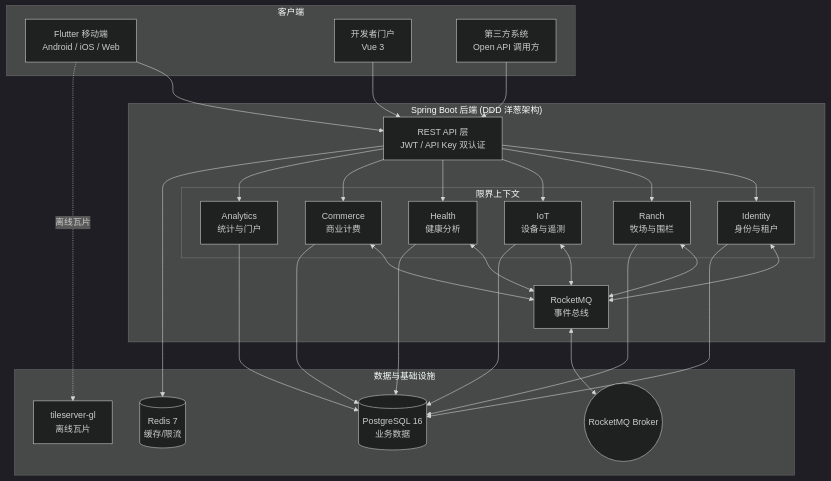
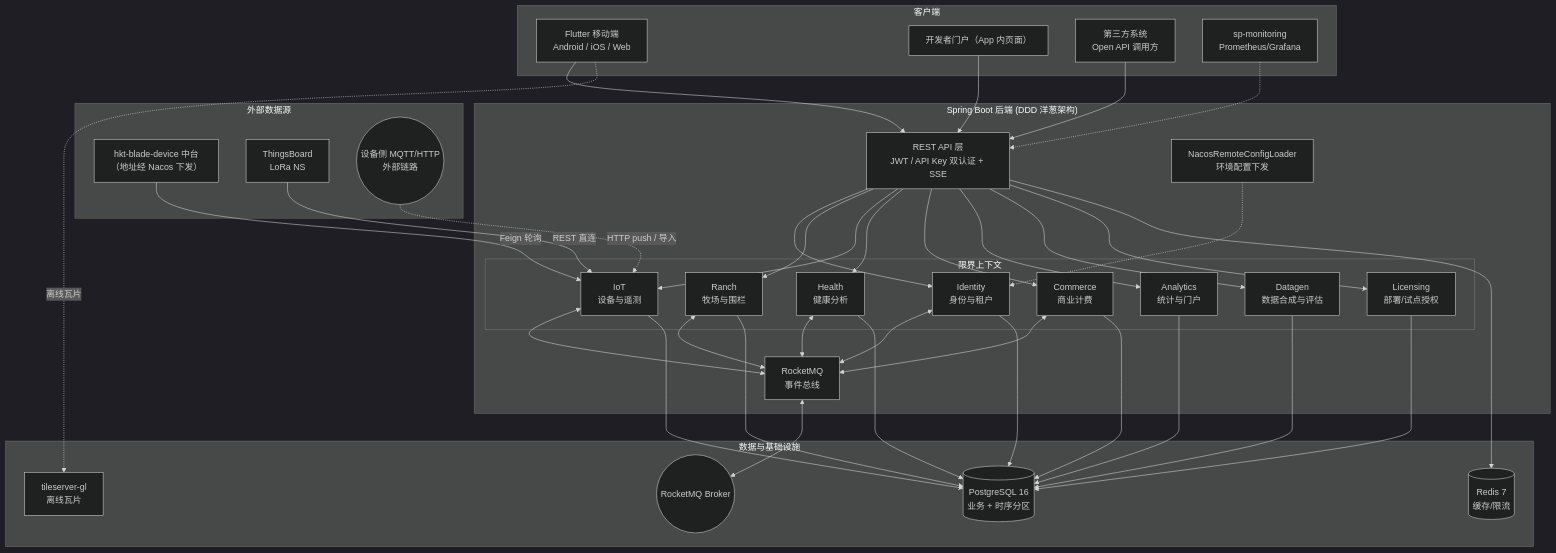
The first of 17 diagrams in docs/product/system-architecture.md (aime4eve/smart-livestock), drawn with Mermaid (dark theme) before and after one commit. The commit also changed other lines of this file and 6 other files, not shown here.

````diff
--- a/docs/product/system-architecture.md
+++ b/docs/product/system-architecture.md
@@ -36,42 +36,57 @@
 ```mermaid
 graph TB
     subgraph 客户端
         APP["Flutter 移动端<br/>Android / iOS / Web"]
-        PORTAL["开发者门户<br/>Vue 3"]
+        PORTAL["开发者门户（App 内页面）"]
         OPEN["第三方系统<br/>Open API 调用方"]
+        MON["sp-monitoring<br/>Prometheus/Grafana"]
+    end
+
+    subgraph "外部数据源"
+        BLADE["hkt-blade-device 中台<br/>（地址经 Nacos 下发）"]
+        TB["ThingsBoard<br/>LoRa NS"]
+        MQTTB(("设备侧 MQTT/HTTP<br/>外部链路"))
     end
 
     subgraph "Spring Boot 后端 (DDD 洋葱架构)"
-        API["REST API 层<br/>JWT / API Key 双认证"]
+        API["REST API 层<br/>JWT / API Key 双认证 + SSE"]
         subgraph 限界上下文
             ID["Identity<br/>身份与租户"]
             RANCH["Ranch<br/>牧场与围栏"]
             IOT["IoT<br/>设备与遥测"]
             HEALTH["Health<br/>健康分析"]
             COM["Commerce<br/>商业计费"]
             ANA["Analytics<br/>统计与门户"]
+            DG["Datagen<br/>数据合成与评估"]
+            LIC["Licensing<br/>部署/试点授权"]
         end
+        NACOS["NacosRemoteConfigLoader<br/>环境配置下发"]
         MQ["RocketMQ<br/>事件总线"]
     end
 
     subgraph 数据与基础设施
-        PG[("PostgreSQL 16<br/>业务数据")]
+        PG[("PostgreSQL 16<br/>业务 + 时序分区")]
         REDIS[("Redis 7<br/>缓存/限流")]
         TILE["tileserver-gl<br/>离线瓦片"]
         MQBROKER(("RocketMQ Broker"))
     end
 
     APP --> API
     PORTAL --> API
     OPEN --> API
-    API --> ID & RANCH & IOT & HEALTH & COM & ANA
+    MON -.-> API
+    BLADE -->|"Feign 轮询"| IOT
+    TB -->|"REST 直连"| IOT
+    MQTTB -.->|HTTP push / 导入| IOT
+    NACOS -.-> ID
+    API --> ID & RANCH & IOT & HEALTH & COM & ANA & DG & LIC
     ID <--> MQ
     RANCH <--> MQ
     IOT <--> MQ
     HEALTH <--> MQ
     COM <--> MQ
     MQ <--> MQBROKER
-    ID & RANCH & IOT & HEALTH & COM & ANA --> PG
+    ID & RANCH & IOT & HEALTH & COM & ANA & DG & LIC --> PG
     API --> REDIS
     APP -.离线瓦片.-> TILE
 ```
````
